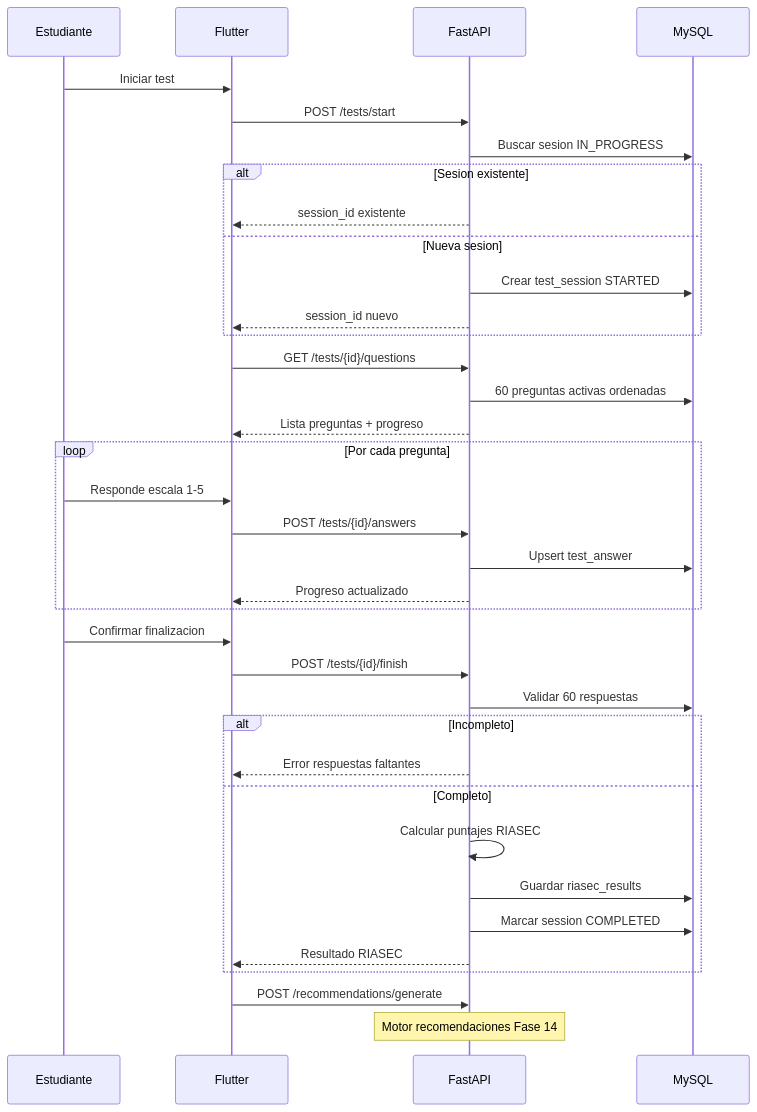
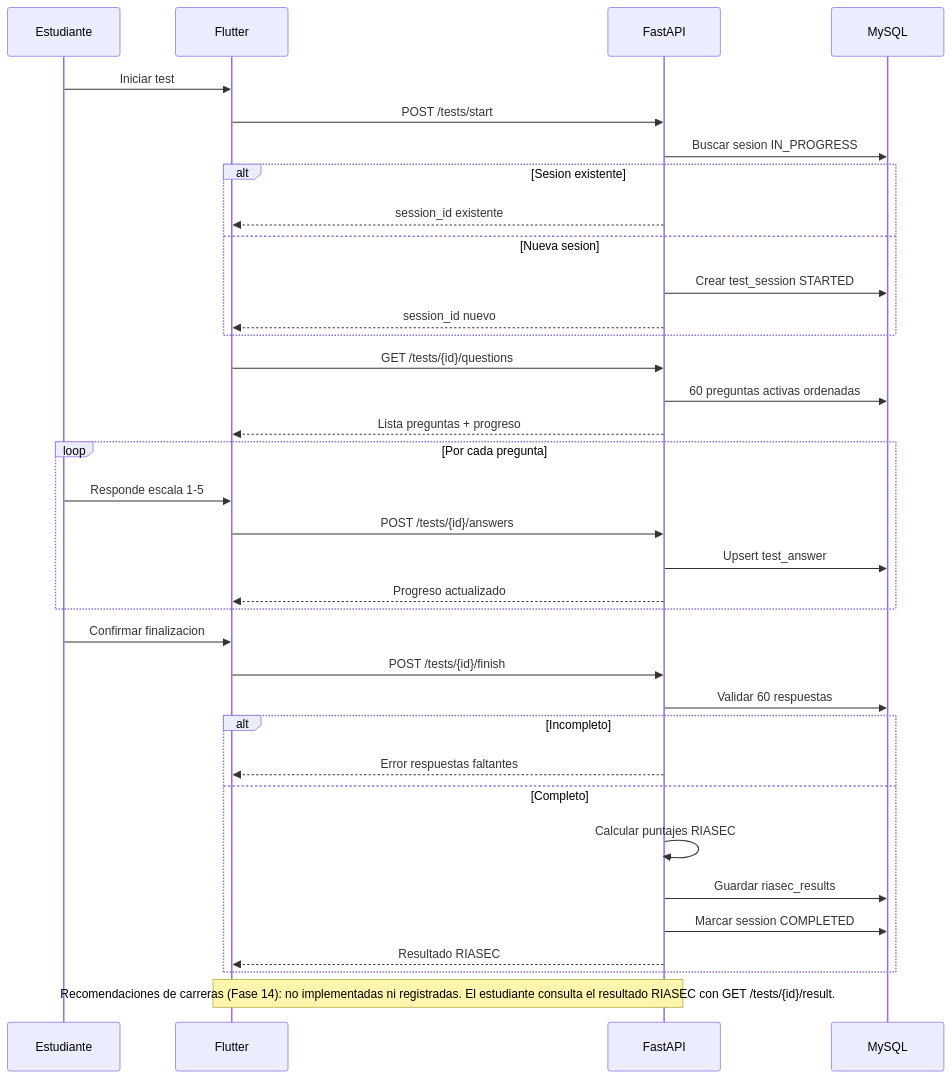
One commit to boris13jbb/avov-platform changed the second of 6 diagrams in docs/flujos.md. Above: the diagram before and after it, drawn with Mermaid. The commit also changed other lines of this file and 7 other files, not shown here.

````diff
--- a/docs/flujos.md
+++ b/docs/flujos.md
@@ -59,43 +59,42 @@
 ```mermaid
 sequenceDiagram
     participant ST as Estudiante
     participant FE as Flutter
     participant API as FastAPI
     participant DB as MySQL
 
     ST->>FE: Iniciar test
     FE->>API: POST /tests/start
     API->>DB: Buscar sesion IN_PROGRESS
     alt Sesion existente
         API-->>FE: session_id existente
     else Nueva sesion
         API->>DB: Crear test_session STARTED
         API-->>FE: session_id nuevo
     end
 
     FE->>API: GET /tests/{id}/questions
     API->>DB: 60 preguntas activas ordenadas
     API-->>FE: Lista preguntas + progreso
 
     loop Por cada pregunta
         ST->>FE: Responde escala 1-5
         FE->>API: POST /tests/{id}/answers
         API->>DB: Upsert test_answer
         API-->>FE: Progreso actualizado
     end
 
     ST->>FE: Confirmar finalizacion
     FE->>API: POST /tests/{id}/finish
     API->>DB: Validar 60 respuestas
     alt Incompleto
         API-->>FE: Error respuestas faltantes
     else Completo
         API->>API: Calcular puntajes RIASEC
         API->>DB: Guardar riasec_results
         API->>DB: Marcar session COMPLETED
         API-->>FE: Resultado RIASEC
     end
 
-    FE->>API: POST /recommendations/generate
-    Note over API: Motor recomendaciones Fase 14
+    Note over FE,API: Recomendaciones de carreras (Fase 14): no implementadas ni registradas. El estudiante consulta el resultado RIASEC con GET /tests/{id}/result.
 ```
````
